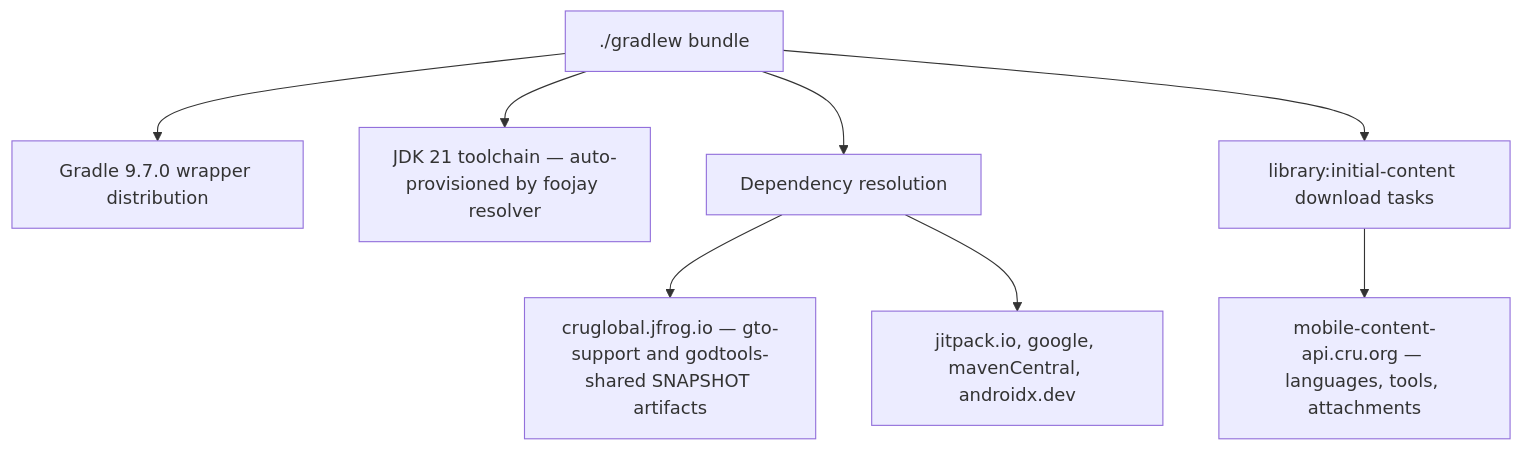
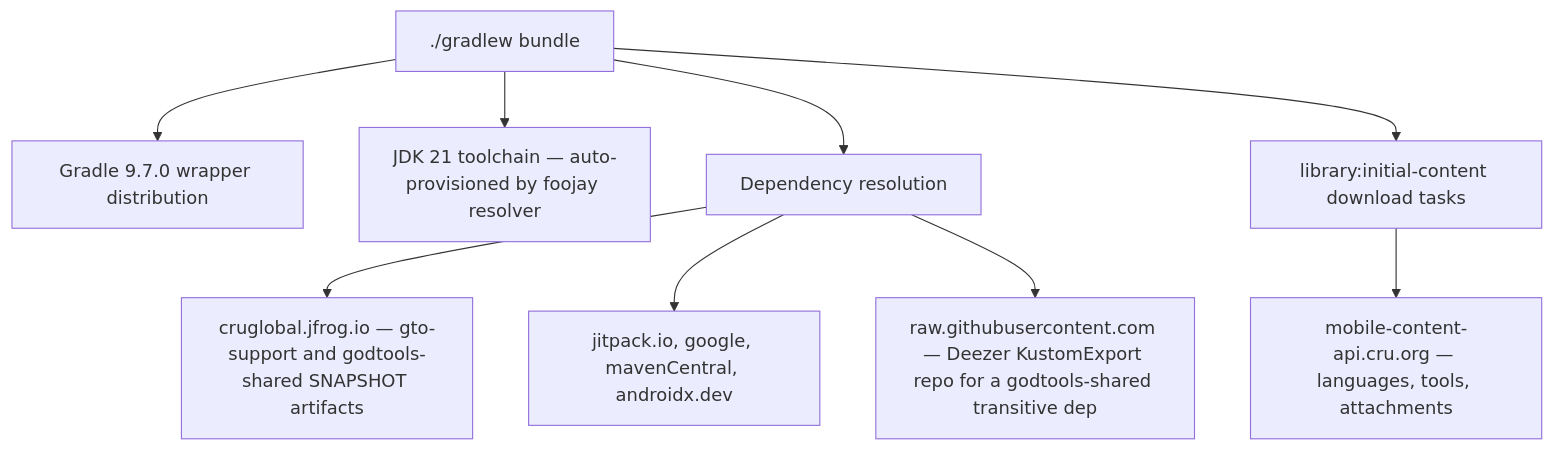
One commit to CruGlobal/godtools-android changed the diagram in wiki/Getting-Started.md. Above: the diagram before and after it, drawn with Mermaid. The commit also changed other lines of this file and 11 other files, not shown here.

````diff
--- a/wiki/Getting-Started.md
+++ b/wiki/Getting-Started.md
@@ -59,10 +60,11 @@
 ```mermaid
 flowchart TD
     G["./gradlew bundle"] --> W["Gradle 9.7.0 wrapper distribution"]
     G --> T["JDK 21 toolchain — auto-provisioned by foojay resolver"]
     G --> D["Dependency resolution"]
     D --> M1["cruglobal.jfrog.io — gto-support and godtools-shared SNAPSHOT artifacts"]
     D --> M2["jitpack.io, google, mavenCentral, androidx.dev"]
+    D --> M3["raw.githubusercontent.com — Deezer KustomExport repo for a godtools-shared transitive dep"]
     G --> C["library:initial-content download tasks"]
     C --> API["mobile-content-api.cru.org — languages, tools, attachments"]
 ```
````
